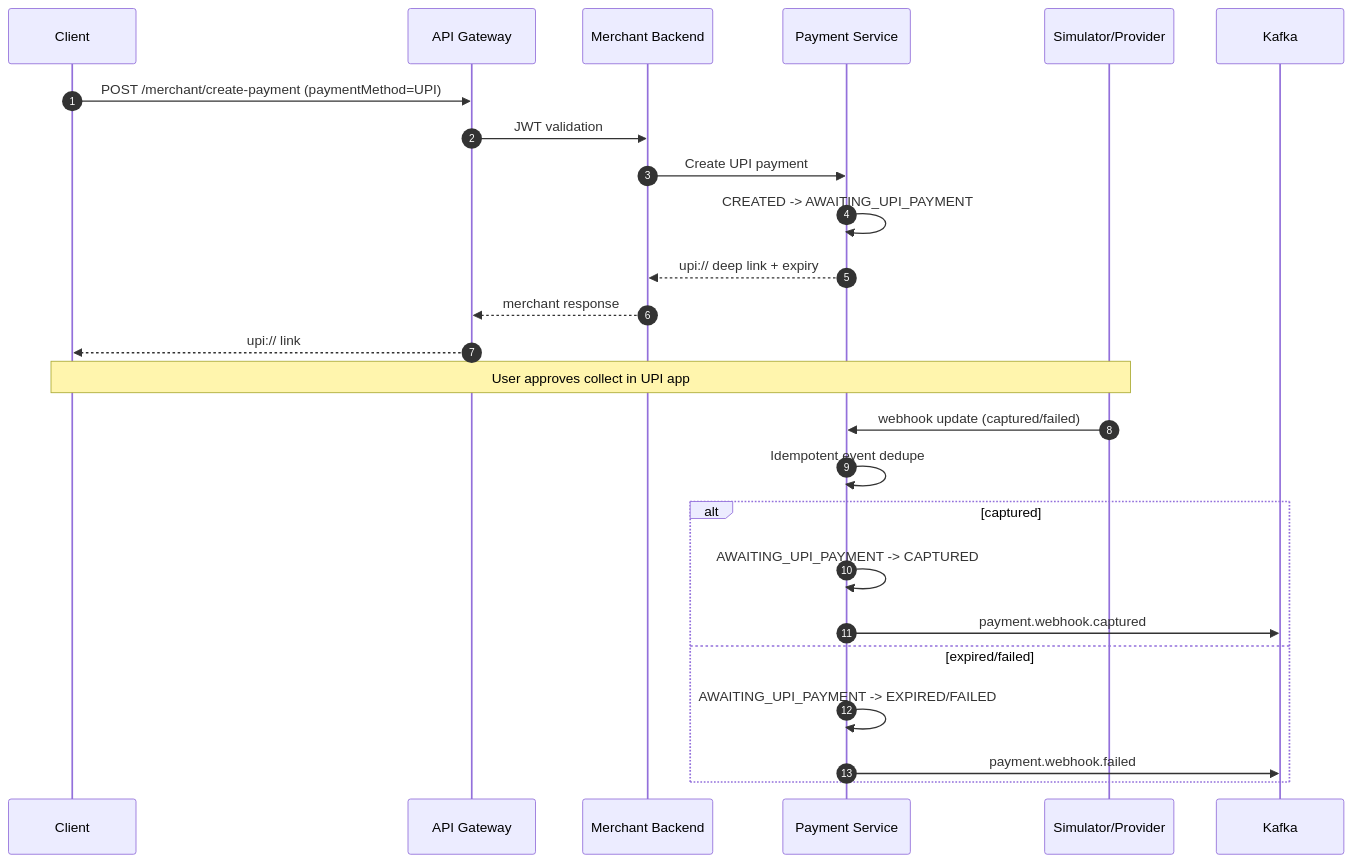
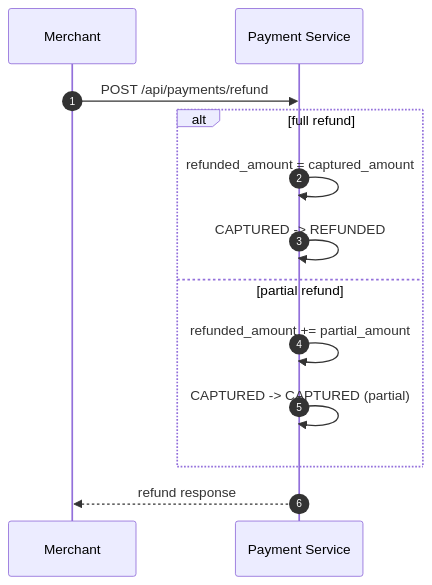
The second of 2 diagrams in README.md (Drive10/payment-gateway), drawn with Mermaid before and after one commit. The commit also changed other lines of this file and 17 other files, not shown here.

First line of the commit message:
feat: add refund API and multi-currency support

````diff
--- a/README.md
+++ b/README.md
@@ -146,30 +140,16 @@
 ```mermaid
 sequenceDiagram
     autonumber
-    participant C as Client
-    participant G as API Gateway
-    participant M as Merchant Backend
+    participant M as Merchant
     participant P as Payment Service
-    participant S as Simulator/Provider
-    participant K as Kafka
 
-    C->>G: POST /merchant/create-payment (paymentMethod=UPI)
-    G->>M: JWT validation
-    M->>P: Create UPI payment
-    P->>P: CREATED -> AWAITING_UPI_PAYMENT
-    P-->>M: upi:// deep link + expiry
-    M-->>G: merchant response
-    G-->>C: upi:// link
-
-    Note over C,S: User approves collect in UPI app
-
-    S->>P: webhook update (captured/failed)
-    P->>P: Idempotent event dedupe
-    alt captured
-      P->>P: AWAITING_UPI_PAYMENT -> CAPTURED
-      P->>K: payment.webhook.captured
-    else expired/failed
-      P->>P: AWAITING_UPI_PAYMENT -> EXPIRED/FAILED
-      P->>K: payment.webhook.failed
+    M->>P: POST /api/payments/refund
+    alt full refund
+      P->>P: refunded_amount = captured_amount
+      P->>P: CAPTURED -> REFUNDED
+    else partial refund
+      P->>P: refunded_amount += partial_amount
+      P->>P: CAPTURED -> CAPTURED (partial)
     end
+    P-->>M: refund response
 ```
````
